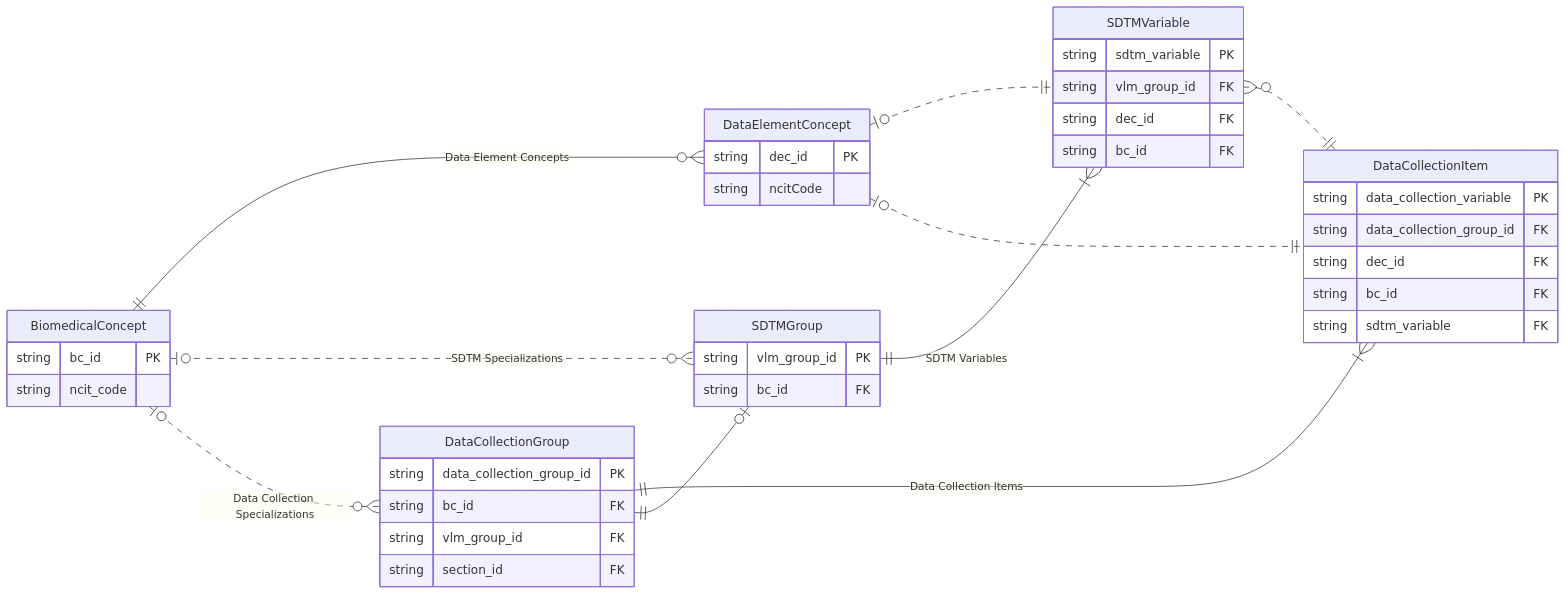
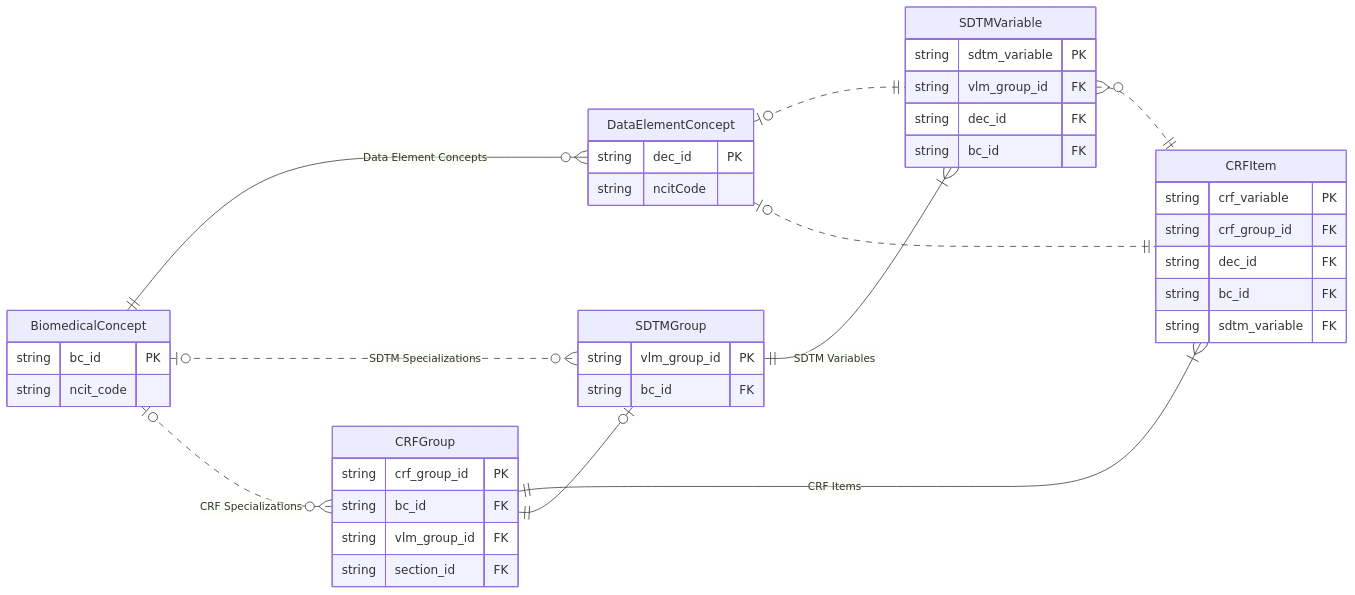
The diagram in model/Biomedical Concept SDTM DSS Collection DSS.mmd (cdisc-org/COSMoS), drawn with Mermaid before and after one commit. The commit also changed 809 other files, not shown here.

Commit message:
Change collection to crf

```diff
--- a/model/Biomedical Concept SDTM DSS Collection DSS.mmd
+++ b/model/Biomedical Concept SDTM DSS Collection DSS.mmd
@@ -1,48 +1,48 @@
 ---
 config:
   theme: default
   layout: dagre
   look: classic
 ---
 erDiagram
 	direction LR
 	BiomedicalConcept {
-		string bc_id PK ""  
-		string ncit_code  ""  
+		string bc_id PK ""
+		string ncit_code  ""
 	}
 	DataElementConcept {
-		string dec_id PK ""  
-		string ncitCode  ""  
+		string dec_id PK ""
+		string ncitCode  ""
 	}
 	SDTMGroup {
-		string vlm_group_id PK ""  
-		string bc_id FK ""  
+		string vlm_group_id PK ""
+		string bc_id FK ""
 	}
 	SDTMVariable {
-		string sdtm_variable PK ""  
-		string vlm_group_id FK ""  
-		string dec_id FK ""  
-		string bc_id FK ""  
+		string sdtm_variable PK ""
+		string vlm_group_id FK ""
+		string dec_id FK ""
+		string bc_id FK ""
 	}
-	DataCollectionGroup {
-		string data_collection_group_id PK ""  
-		string bc_id FK ""  
-		string vlm_group_id FK ""  
-		string section_id FK ""  
+	CRFGroup {
+		string crf_group_id PK ""
+		string bc_id FK ""
+		string vlm_group_id FK ""
+		string section_id FK ""
 	}
-	DataCollectionItem {
-		string data_collection_variable PK ""  
-		string data_collection_group_id FK ""  
-		string dec_id FK ""  
-		string bc_id FK ""  
-		string sdtm_variable FK ""  
+	CRFItem {
+		string crf_variable PK ""
+		string crf_group_id FK ""
+		string dec_id FK ""
+		string bc_id FK ""
+		string sdtm_variable FK ""
 	}
 	BiomedicalConcept||--o{DataElementConcept:"Data Element Concepts"
 	BiomedicalConcept|o..o{SDTMGroup:"SDTM Specializations"
-	BiomedicalConcept|o..o{DataCollectionGroup:"Data Collection Specializations"
+	BiomedicalConcept|o..o{CRFGroup:"CRF Specializations"
 	SDTMGroup||--|{SDTMVariable:"SDTM Variables"
-	DataCollectionGroup||--|{DataCollectionItem:"Data Collection Items"
-	DataCollectionGroup||--o|SDTMGroup:"  "
+	CRFGroup||--|{CRFItem:"CRF Items"
+	CRFGroup||--o|SDTMGroup:"  "
 	DataElementConcept|o..||SDTMVariable:"  "
-	DataElementConcept|o..||DataCollectionItem:"  "
-	SDTMVariable}o..||DataCollectionItem:"  "
+	DataElementConcept|o..||CRFItem:"  "
+	SDTMVariable}o..||CRFItem:"  "
```
